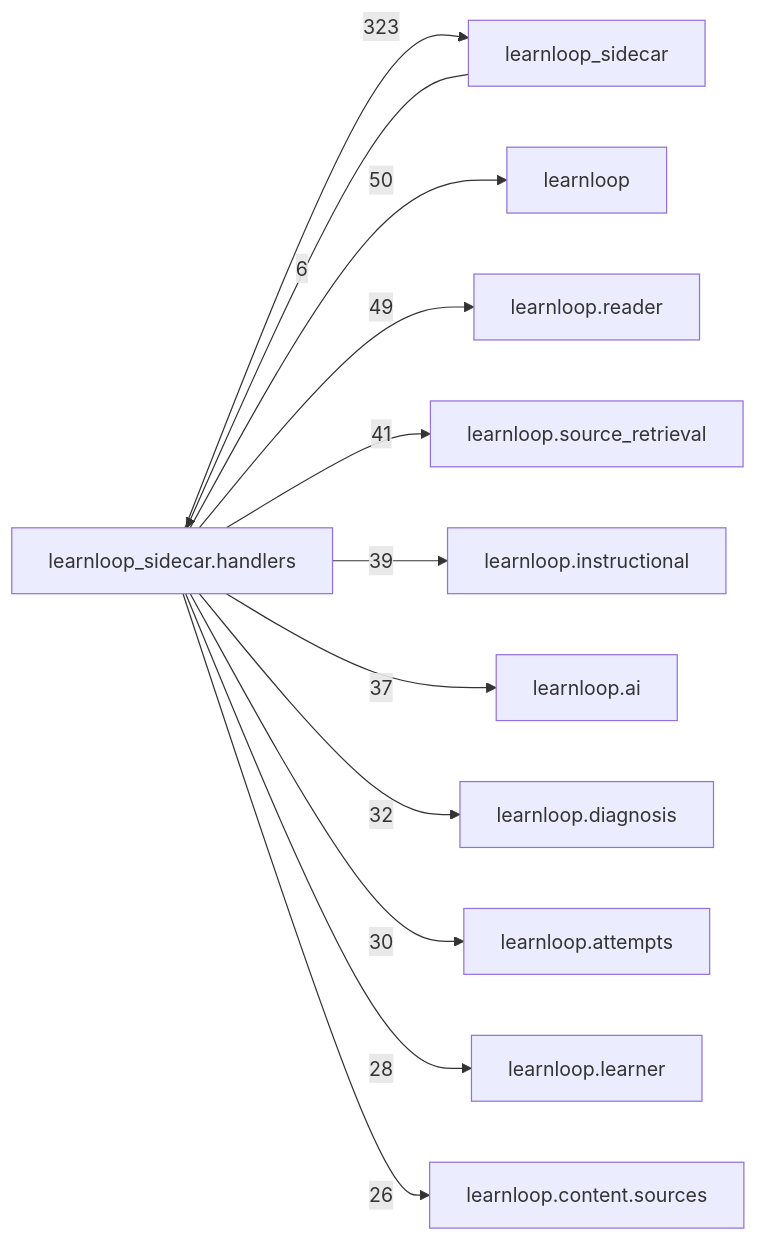
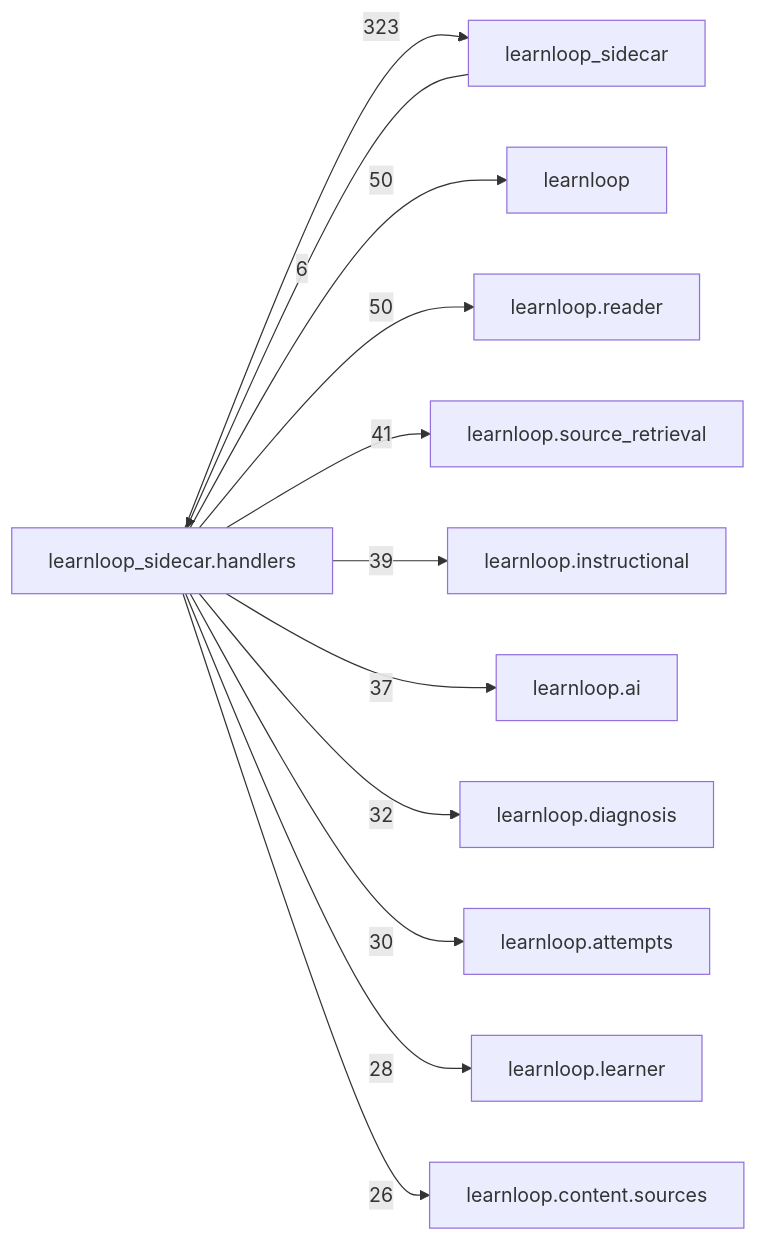
Before and after one commit to 6up-b/learnanything: the diagram in docs/learnloop-architecture-vault/Reference/Modules/learnloop_sidecar/handlers/_package.md, drawn with Mermaid. The commit also changed other lines of this file and 136 other files, not shown here.

````diff
--- a/docs/learnloop-architecture-vault/Reference/Modules/learnloop_sidecar/handlers/_package.md
+++ b/docs/learnloop-architecture-vault/Reference/Modules/learnloop_sidecar/handlers/_package.md
@@ -260,25 +260,25 @@
 ```mermaid
 flowchart LR
     center["learnloop_sidecar.handlers"]
     n_learnloop_sidecar["learnloop_sidecar"]
     n_learnloop["learnloop"]
     n_learnloop_reader["learnloop.reader"]
     n_learnloop_source_retrieval["learnloop.source_retrieval"]
     n_learnloop_instructional["learnloop.instructional"]
     n_learnloop_ai["learnloop.ai"]
     n_learnloop_diagnosis["learnloop.diagnosis"]
     n_learnloop_attempts["learnloop.attempts"]
     n_learnloop_learner["learnloop.learner"]
     n_learnloop_content_sources["learnloop.content.sources"]
     n_learnloop_sidecar -->|6| center
     center -->|323| n_learnloop_sidecar
     center -->|50| n_learnloop
-    center -->|49| n_learnloop_reader
+    center -->|50| n_learnloop_reader
     center -->|41| n_learnloop_source_retrieval
     center -->|39| n_learnloop_instructional
     center -->|37| n_learnloop_ai
     center -->|32| n_learnloop_diagnosis
     center -->|30| n_learnloop_attempts
     center -->|28| n_learnloop_learner
     center -->|26| n_learnloop_content_sources
 ```
````
